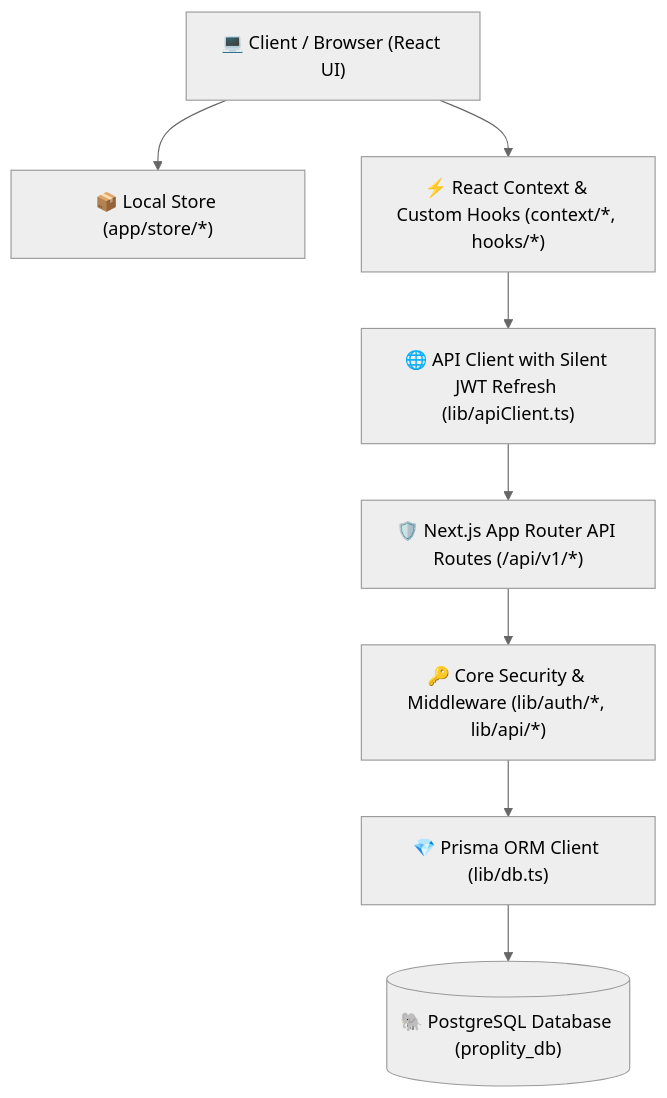
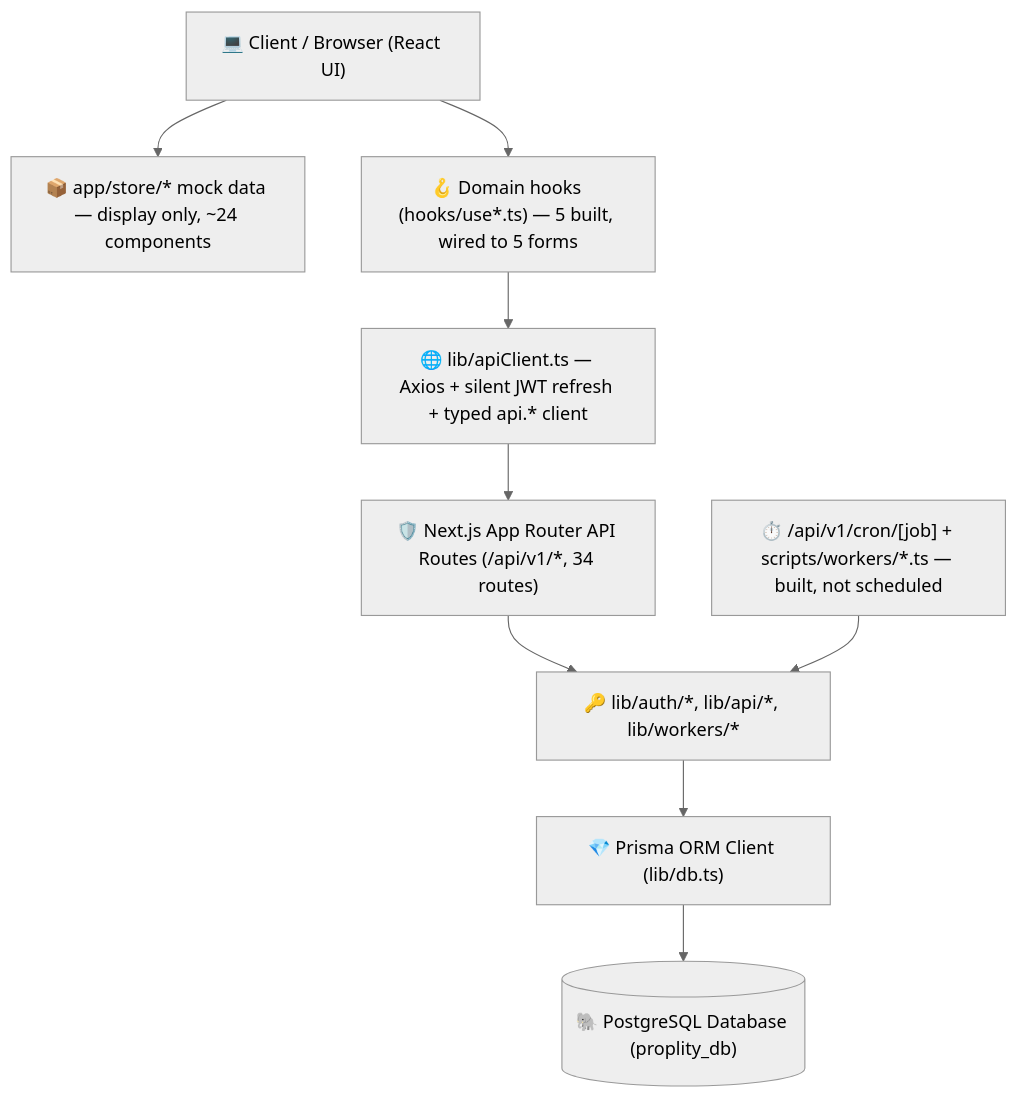
Before and after one commit to Proplity/proplity: the diagram in PROJECT_STRUCTURE.md, drawn with Mermaid (neutral theme). The commit also changed other lines of this file and 2 other files, not shown here.

````diff
--- a/PROJECT_STRUCTURE.md
+++ b/PROJECT_STRUCTURE.md
@@ -9,19 +11,21 @@
 ```mermaid
 graph TD
     Client["💻 Client / Browser (React UI)"]
-    Store["📦 Local Store (app/store/*)"]
-    Context["⚡ React Context & Custom Hooks (context/*, hooks/*)"]
-    ApiClient["🌐 API Client with Silent JWT Refresh (lib/apiClient.ts)"]
-    NextApi["🛡️ Next.js App Router API Routes (/api/v1/*)"]
-    LibCore["🔑 Core Security & Middleware (lib/auth/*, lib/api/*)"]
+    Store["📦 app/store/* mock data — display only, ~24 components"]
+    Hooks["🪝 Domain hooks (hooks/use*.ts) — 5 built, wired to 5 forms"]
+    ApiClient["🌐 lib/apiClient.ts — Axios + silent JWT refresh + typed api.* client"]
+    NextApi["🛡️ Next.js App Router API Routes (/api/v1/*, 34 routes)"]
+    LibCore["🔑 lib/auth/*, lib/api/*, lib/workers/*"]
     PrismaClient["💎 Prisma ORM Client (lib/db.ts)"]
     Postgres[("🐘 PostgreSQL Database (proplity_db)")]
+    Cron["⏱️ /api/v1/cron/[job] + scripts/workers/*.ts — built, not scheduled"]
 
     Client --> Store
-    Client --> Context
-    Context --> ApiClient
+    Client --> Hooks
+    Hooks --> ApiClient
     ApiClient --> NextApi
     NextApi --> LibCore
     LibCore --> PrismaClient
+    Cron --> LibCore
     PrismaClient --> Postgres
 ```
````
